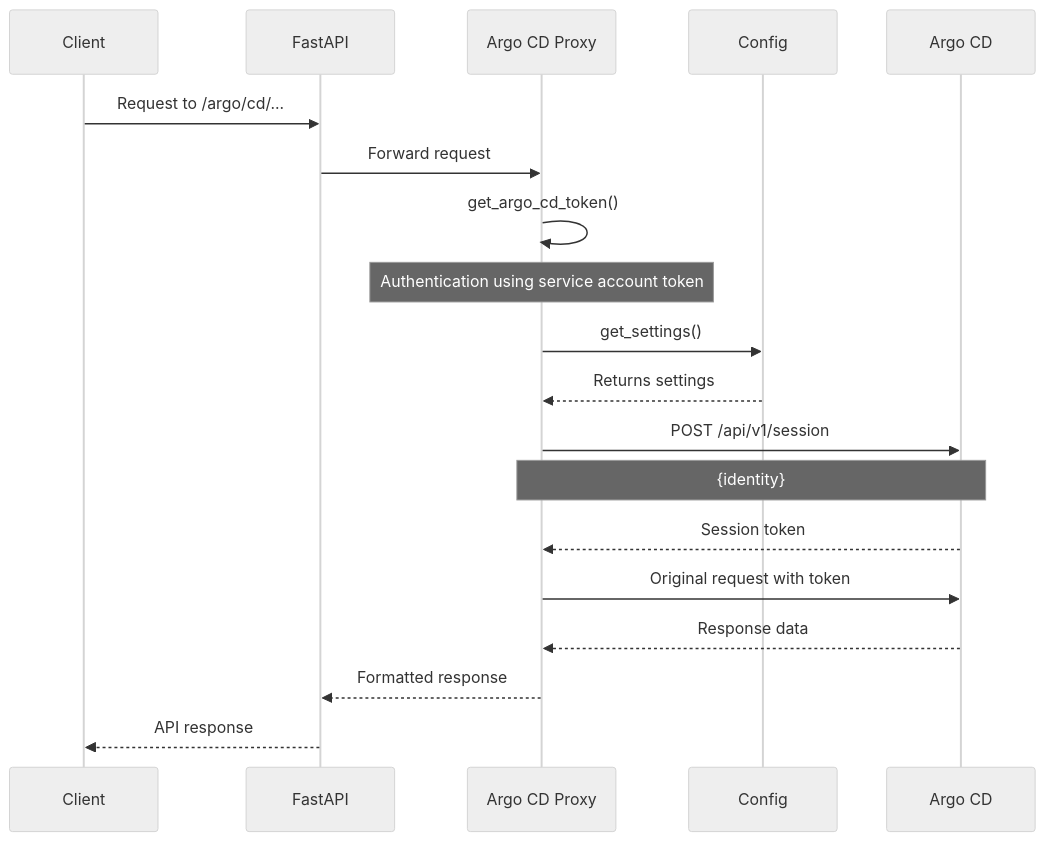
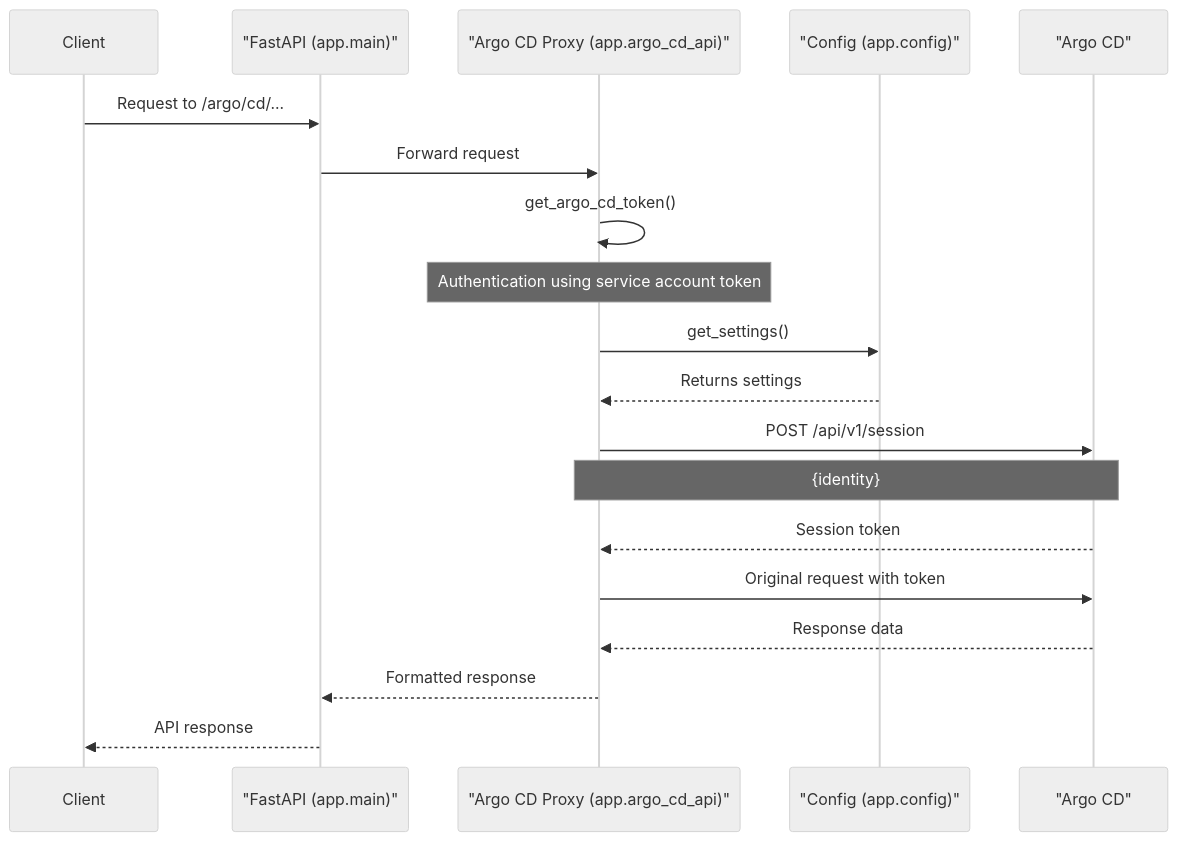
The ninth of 11 diagrams in README.md (lloydchang/tvp-k8s), drawn with Mermaid (neutral theme) before and after one commit. The commit also changed other lines of this file and 7 other files, not shown here.

````diff
--- a/README.md
+++ b/README.md
@@ -672,24 +678,24 @@
 ```mermaid
 sequenceDiagram
     participant Client
-    participant FastAPI
-    participant Argo CD Proxy
-    participant Config
-    participant Argo CD
+    participant FastAPI as "FastAPI (app.main)"
+    participant ArgoCDProxy as "Argo CD Proxy (app.argo_cd_api)"
+    participant Config as "Config (app.config)"
+    participant ArgoCD as "Argo CD"
     
     Client->>FastAPI: Request to /argo/cd/...
-    FastAPI->>Argo CD Proxy: Forward request
-    Argo CD Proxy->>Argo CD Proxy: get_argo_cd_token()
-    Note over Argo CD Proxy: Authentication using service account token
-    Argo CD Proxy->>Config: get_settings()
-    Config-->>Argo CD Proxy: Returns settings
+    FastAPI->>ArgoCDProxy: Forward request
+    ArgoCDProxy->>ArgoCDProxy: get_argo_cd_token()
+    Note over ArgoCDProxy: Authentication using service account token
+    ArgoCDProxy->>Config: get_settings()
+    Config-->>ArgoCDProxy: Returns settings
     
-    Argo CD Proxy->>Argo CD: POST /api/v1/session
-    Note over Argo CD Proxy,Argo CD: {identity}
-    Argo CD-->>Argo CD Proxy: Session token
+    ArgoCDProxy->>ArgoCD: POST /api/v1/session
+    Note over ArgoCDProxy,ArgoCD: {identity}
+    ArgoCD-->>ArgoCDProxy: Session token
     
-    Argo CD Proxy->>Argo CD: Original request with token
-    Argo CD-->>Argo CD Proxy: Response data
-    Argo CD Proxy-->>FastAPI: Formatted response
+    ArgoCDProxy->>ArgoCD: Original request with token
+    ArgoCD-->>ArgoCDProxy: Response data
+    ArgoCDProxy-->>FastAPI: Formatted response
     FastAPI-->>Client: API response
 ```
````
